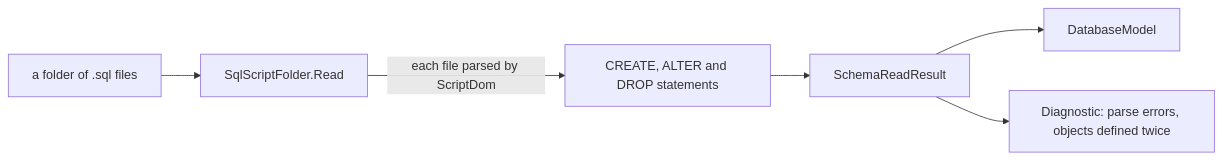
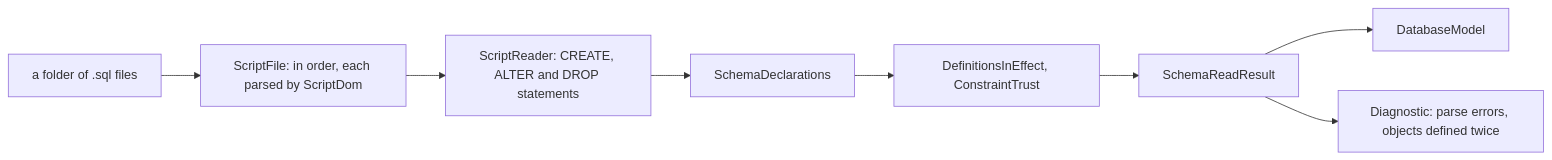
Before and after one commit to haruspex-tools/haruspex: the diagram in src/Haruspex.SqlServer.Sources/README.md, drawn with Mermaid. The commit also changed other lines of this file and 6 other files, not shown here.

````diff
--- a/src/Haruspex.SqlServer.Sources/README.md
+++ b/src/Haruspex.SqlServer.Sources/README.md
@@ -11,8 +11,10 @@
 ```mermaid
 flowchart LR
-    folder["a folder of .sql files"] --> read["SqlScriptFolder.Read"]
-    read -->|each file parsed by ScriptDom| statements["CREATE, ALTER and DROP statements"]
-    statements --> result["SchemaReadResult"]
+    folder["a folder of .sql files"] --> files["ScriptFile: in order, each parsed by ScriptDom"]
+    files --> reader["ScriptReader: CREATE, ALTER and DROP statements"]
+    reader --> declarations["SchemaDeclarations"]
+    declarations --> passes["DefinitionsInEffect, ConstraintTrust"]
+    passes --> result["SchemaReadResult"]
     result --> model["DatabaseModel"]
     result --> diagnostics["Diagnostic: parse errors, objects defined twice"]
 ```
````
